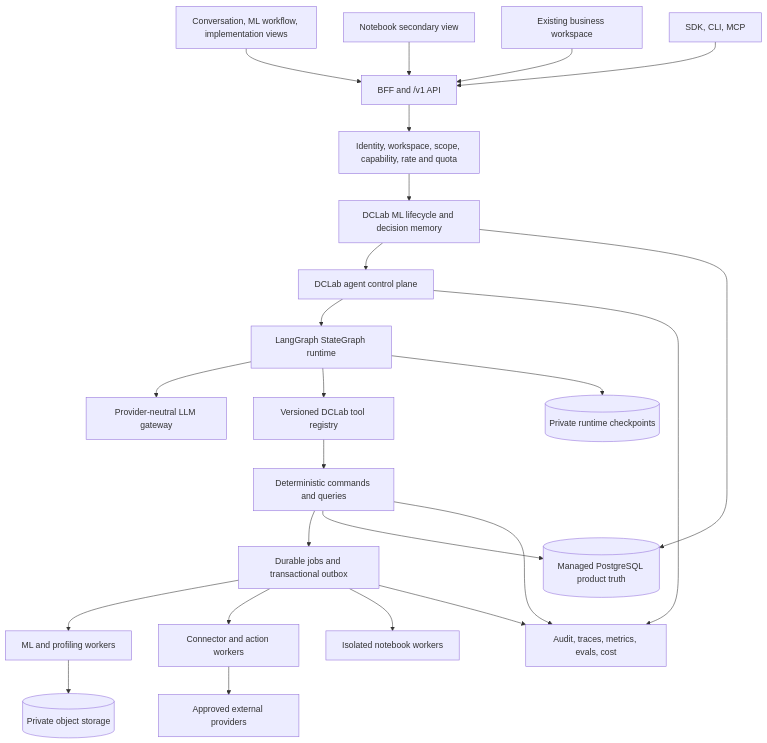
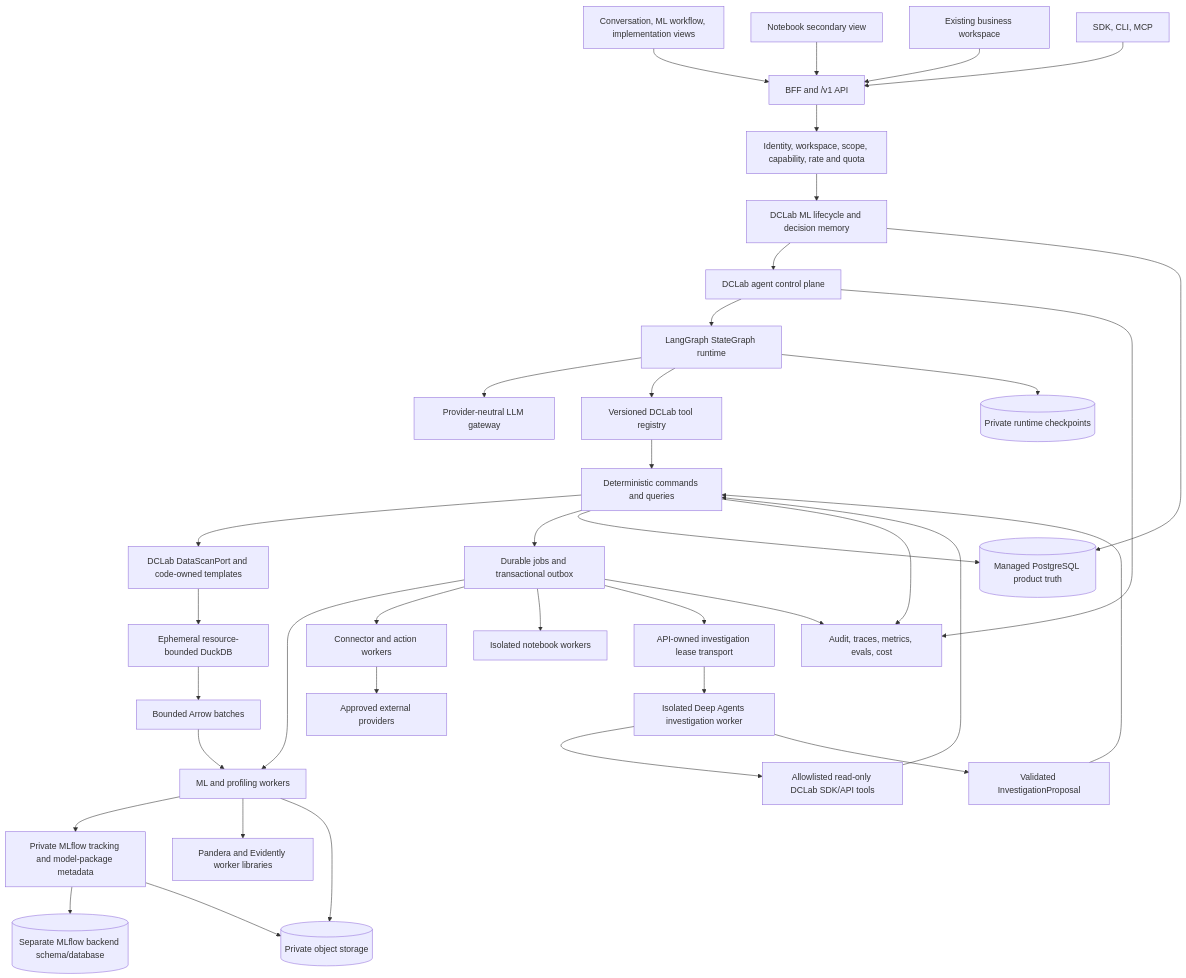
Before and after one commit to Shahriyar-Moradi/DCLab: the first of 3 diagrams in docs/agentic-program/MASTER_SCOPE_0_TO_10_PLAN.md, drawn with Mermaid. The commit also changed other lines of this file and 31 other files, not shown here.

````diff
--- a/docs/agentic-program/MASTER_SCOPE_0_TO_10_PLAN.md
+++ b/docs/agentic-program/MASTER_SCOPE_0_TO_10_PLAN.md
@@ -215,26 +334,40 @@
 ```mermaid
 flowchart TD
     UI[Conversation, ML workflow, implementation views] --> EDGE[BFF and /v1 API]
     NOTEBOOK[Notebook secondary view] --> EDGE
     BUSINESS[Existing business workspace] --> EDGE
     DEV[SDK, CLI, MCP] --> EDGE
     EDGE --> AUTH[Identity, workspace, scope, capability, rate and quota]
     AUTH --> LIFE[DCLab ML lifecycle and decision memory]
     LIFE --> AOS[DCLab agent control plane]
     AOS --> GRAPH[LangGraph StateGraph runtime]
     GRAPH --> LLM[Provider-neutral LLM gateway]
     GRAPH --> TOOLS[Versioned DCLab tool registry]
     TOOLS --> APP[Deterministic commands and queries]
+    APP --> SCAN[DCLab DataScanPort and code-owned templates]
+    SCAN --> DDB[Ephemeral resource-bounded DuckDB]
+    DDB --> ARROW[Bounded Arrow batches]
+    ARROW --> ML[Deterministic ML and profiling services]
     APP --> QUEUE[Durable jobs and transactional outbox]
     QUEUE --> ML[ML and profiling workers]
+    ML --> TRACK[Private MLflow tracking and model-package metadata]
+    ML --> VALIDATE[Pandera and Evidently worker libraries]
     QUEUE --> INT[Connector and action workers]
     QUEUE --> NB[Isolated notebook workers]
+    QUEUE --> LEASE[API-owned investigation lease transport]
+    LEASE --> INV[Isolated Deep Agents investigation worker]
+    INV --> READ[Allowlisted read-only DCLab SDK/API tools]
+    READ --> APP
+    INV --> PROP[Validated InvestigationProposal]
+    PROP --> APP
     APP --> DB[(Managed PostgreSQL product truth)]
     LIFE --> DB
     ML --> OBJ[(Private object storage)]
+    TRACK --> MLFDB[(Separate MLflow backend schema/database)]
+    TRACK --> OBJ
     INT --> EXT[Approved external providers]
     GRAPH --> CHECKPOINT[(Private runtime checkpoints)]
     AOS --> OBS[Audit, traces, metrics, evals, cost]
     APP --> OBS
     QUEUE --> OBS
 ```
````
